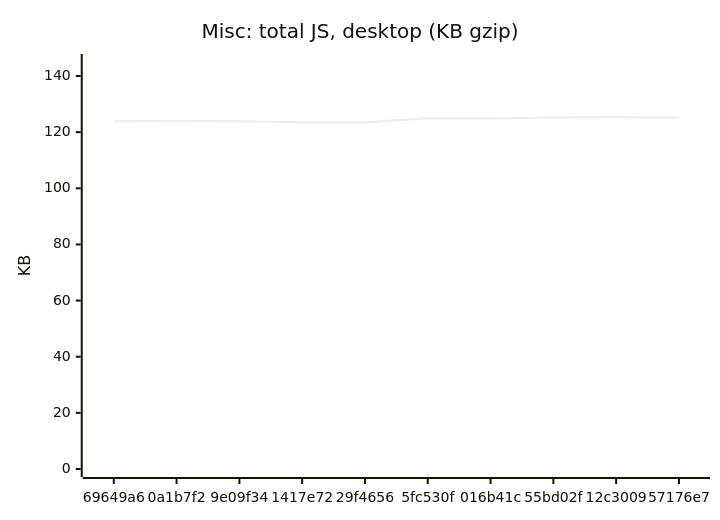
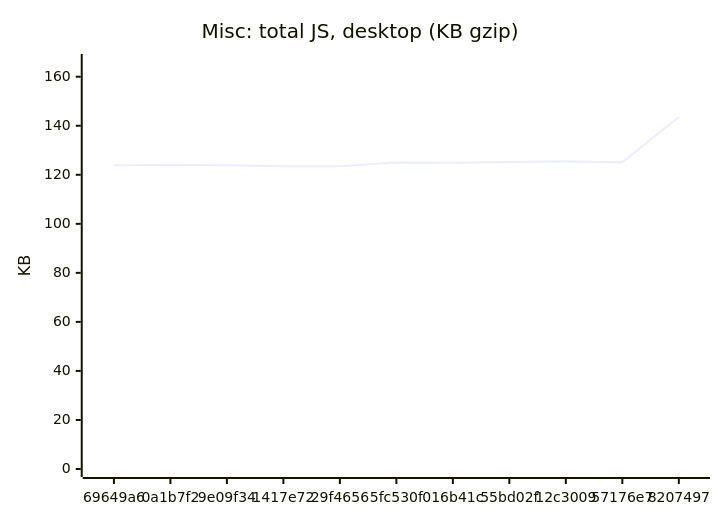
The seventh of 18 diagrams in README.md (AxelUser/maltsev.space), drawn with Mermaid before and after one commit. The commit also changed other lines of this file and 1 other file, not shown here.

````diff
--- a/README.md
+++ b/README.md
@@ -89,7 +89,7 @@
 ```mermaid
 xychart-beta
   title "Misc: total JS, desktop (KB gzip)"
-  x-axis ["69649a6", "0a1b7f2", "9e09f34", "1417e72", "29f4656", "5fc530f", "016b41c", "55bd02f", "12c3009", "57176e7"]
-  y-axis "KB" 0 --> 145
-  line [123.9, 124, 123.9, 123.5, 123.5, 125, 124.9, 125.2, 125.4, 125.1]
+  x-axis ["69649a6", "0a1b7f2", "9e09f34", "1417e72", "29f4656", "5fc530f", "016b41c", "55bd02f", "12c3009", "57176e7", "8207497"]
+  y-axis "KB" 0 --> 166
+  line [123.9, 124, 123.9, 123.5, 123.5, 125, 124.9, 125.2, 125.4, 125.1, 143.6]
 ```
````
